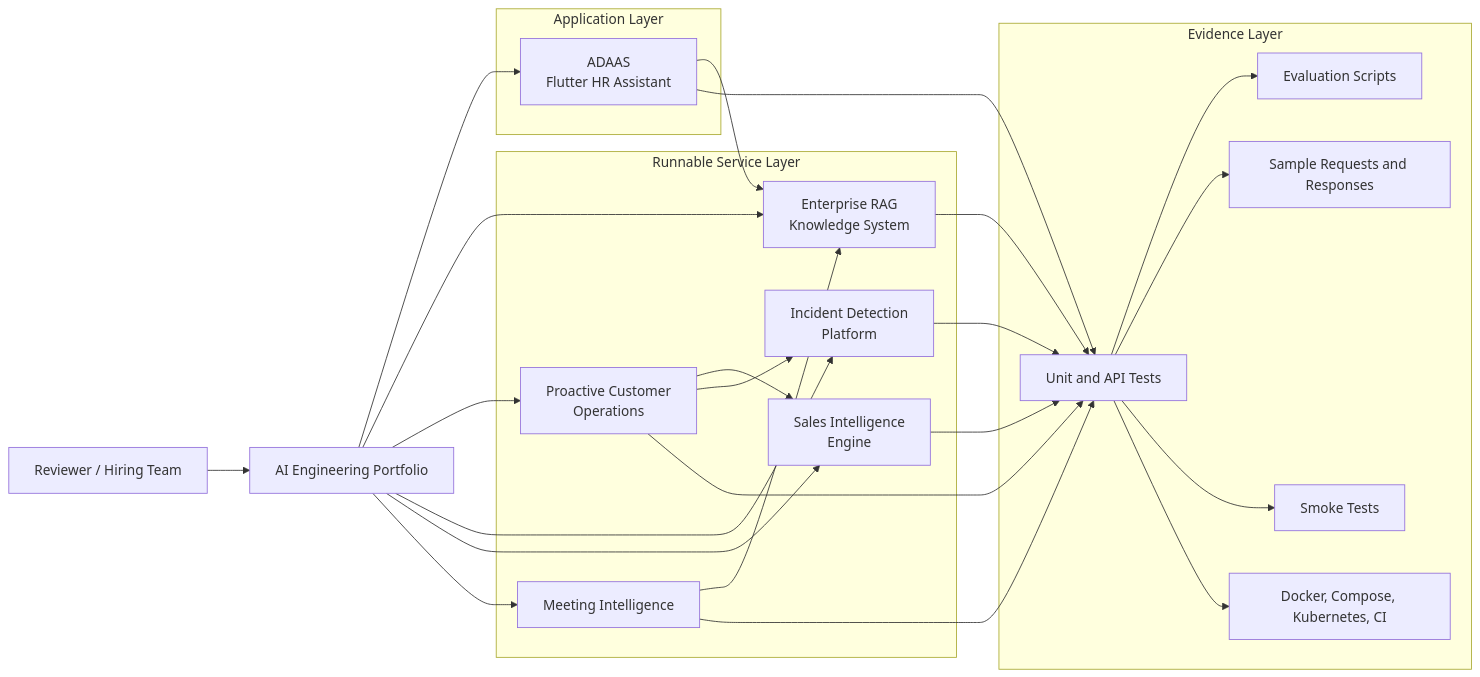
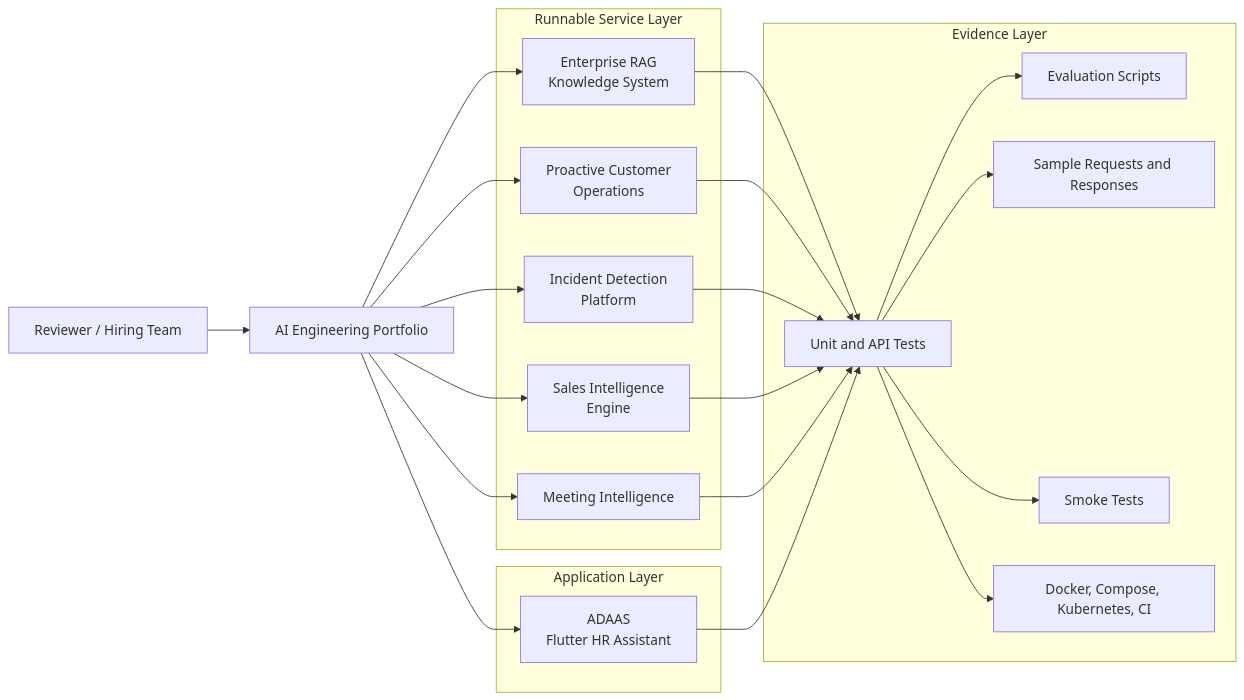
Before and after one commit to Adityansh-Chand/ai-engineering-portfolio: the first of 4 diagrams in docs/ARCHITECTURE.md, drawn with Mermaid. The commit also changed other lines of this file and 6 other files, not shown here.

````diff
--- a/docs/ARCHITECTURE.md
+++ b/docs/ARCHITECTURE.md
@@ -10,50 +10,46 @@
 ```mermaid
 flowchart LR
   Reviewer[Reviewer / Hiring Team]
   Portfolio[AI Engineering Portfolio]
 
   subgraph Apps[Application Layer]
     ADAAS[ADAAS\nFlutter HR Assistant]
   end
 
   subgraph APIs[Runnable Service Layer]
     RAG[Enterprise RAG\nKnowledge System]
     OPS[Proactive Customer\nOperations]
     INCIDENT[Incident Detection\nPlatform]
     SALES[Sales Intelligence\nEngine]
     MEETING[Meeting Intelligence]
   end
 
   subgraph Evidence[Evidence Layer]
     Tests[Unit and API Tests]
     Evals[Evaluation Scripts]
     Samples[Sample Requests and Responses]
     Smoke[Smoke Tests]
     Deploy[Docker, Compose, Kubernetes, CI]
   end
 
   Reviewer --> Portfolio
   Portfolio --> ADAAS
   Portfolio --> RAG
   Portfolio --> OPS
   Portfolio --> INCIDENT
   Portfolio --> SALES
   Portfolio --> MEETING
 
-  ADAAS --> RAG
-  OPS --> SALES
-  OPS --> INCIDENT
-  MEETING --> RAG
 
   RAG --> Tests
   OPS --> Tests
   INCIDENT --> Tests
   SALES --> Tests
   MEETING --> Tests
   ADAAS --> Tests
 
   Tests --> Evals
   Tests --> Samples
   Tests --> Smoke
   Tests --> Deploy
 ```
````
